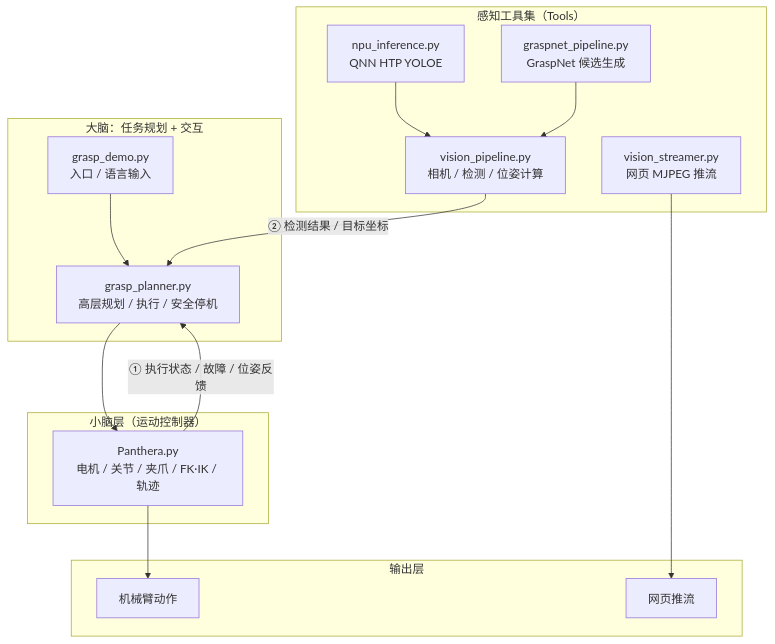
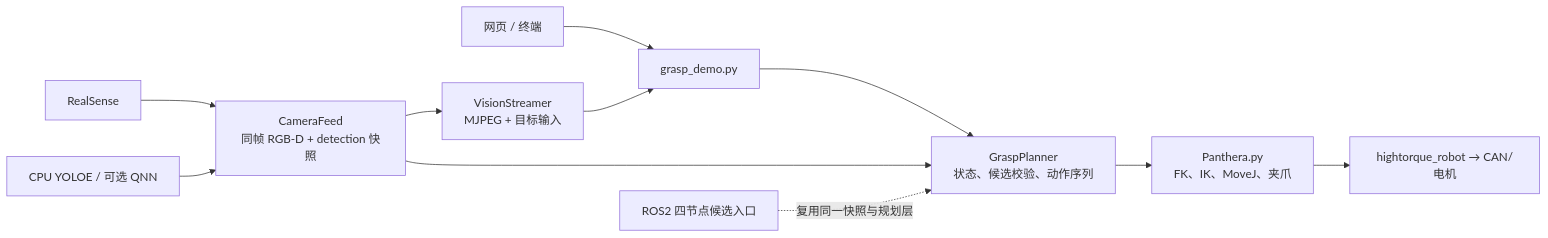
One commit to yonderguest/Pathera_grasp changed the diagram in README.md. Above: the diagram before and after it, drawn with Mermaid. The commit also changed other lines of this file and 60 other files, not shown here.

````diff
--- a/README.md
+++ b/README.md
@@ -11,29 +21,13 @@
 ```mermaid
-flowchart TD
-    subgraph BRAIN["大脑：任务规划 + 交互"]
-        DEMO["grasp_demo.py<br/>入口 / 语言输入"]
-        PLANNER["grasp_planner.py<br/>高层规划 / 执行 / 安全停机"]
-    end
-    subgraph TOOLS["感知工具集（Tools）"]
-        VISION["vision_pipeline.py<br/>相机 / 检测 / 位姿计算"]
-        NPU["npu_inference.py<br/>QNN HTP YOLOE"]
-        GN["graspnet_pipeline.py<br/>GraspNet 候选生成"]
-        STREAM["vision_streamer.py<br/>网页 MJPEG 推流"]
-    end
-    subgraph CERE["小脑层（运动控制器）"]
-        PANTHERA["Panthera.py<br/>电机 / 关节 / 夹爪 / FK·IK / 轨迹"]
-    end
-    subgraph OUT["输出层"]
-        ARM["机械臂动作"]
-        WEB["网页推流"]
-    end
-
-    DEMO --> PLANNER
-    PLANNER --> PANTHERA
-    PANTHERA -->|"① 执行状态 / 故障 / 位姿反馈"| PLANNER
-    NPU --> VISION
-    GN --> VISION
-    VISION -->|"② 检测结果 / 目标坐标"| PLANNER
-    STREAM --> WEB
-    PANTHERA --> ARM
+flowchart LR
+    U["网页 / 终端"] --> E["grasp_demo.py"]
+    E --> P["GraspPlanner\n状态、候选校验、动作序列"]
+    V["RealSense"] --> F["CameraFeed\n同帧 RGB-D + detection 快照"]
+    D["CPU YOLOE / 可选 QNN"] --> F
+    F --> P
+    P --> R["Panthera.py\nFK、IK、MoveJ、夹爪"]
+    R --> M["hightorque_robot → CAN/电机"]
+    F --> S["VisionStreamer\nMJPEG + 目标输入"]
+    S --> E
+    ROS["ROS2 四节点候选入口"] -. "复用同一快照与规划层" .-> P
 ```
````
